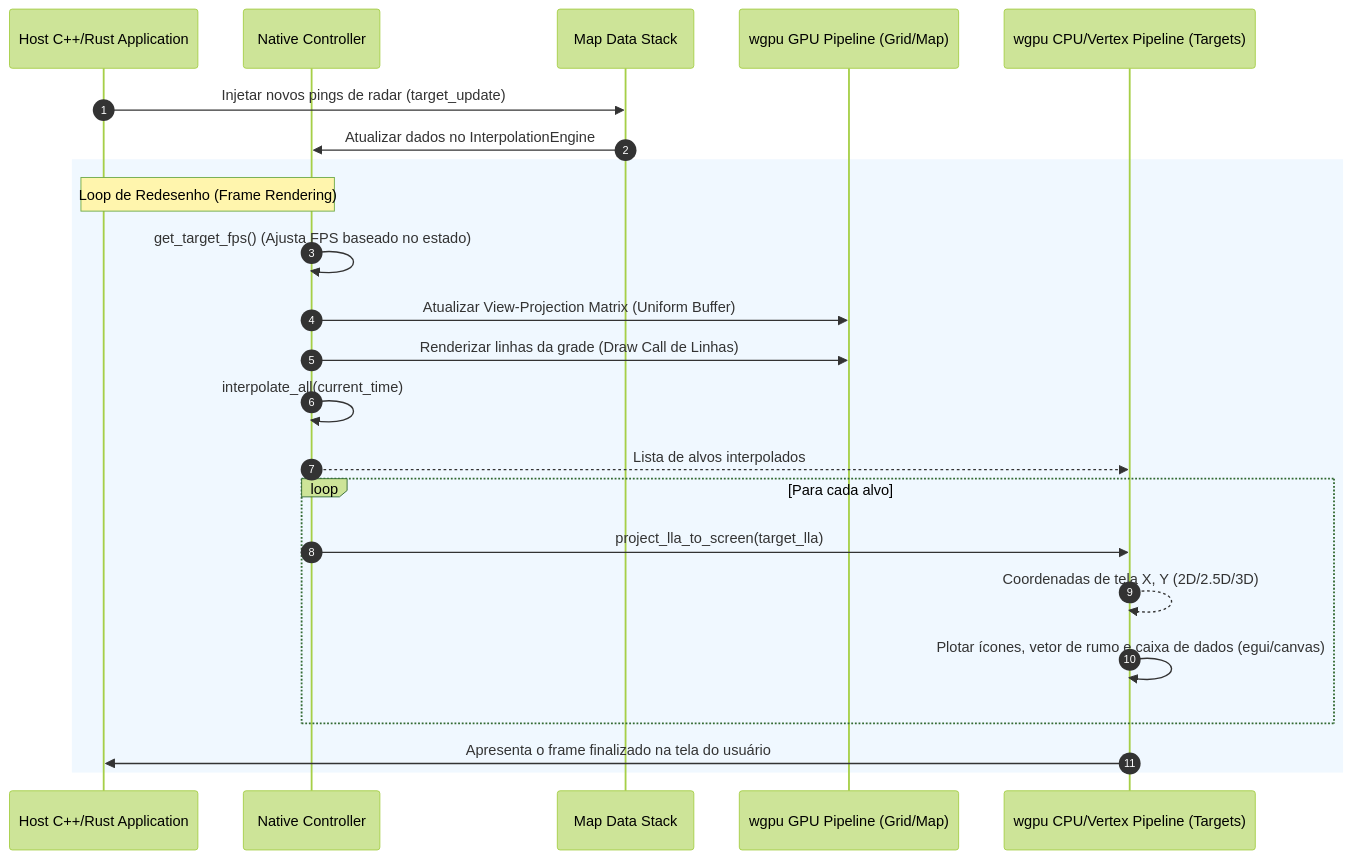
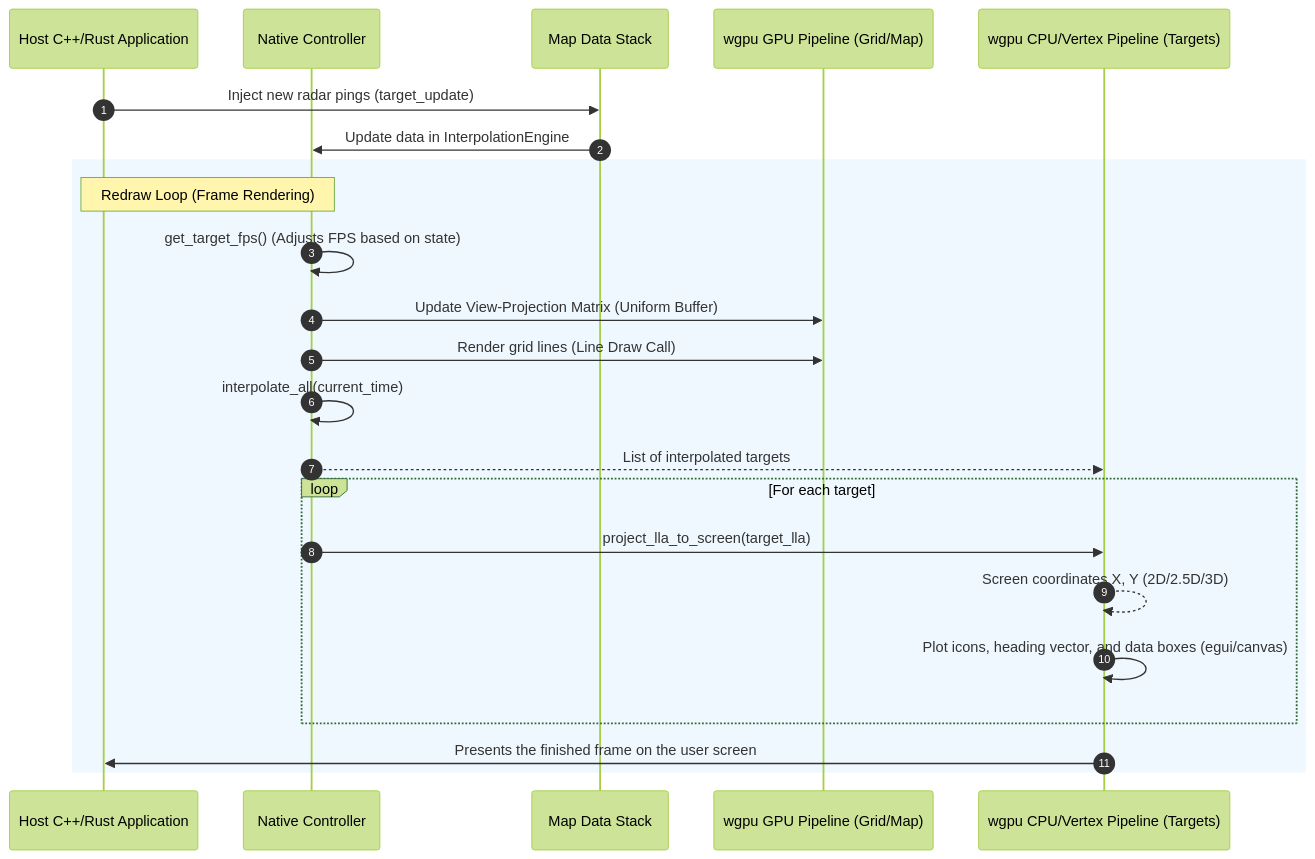
Before and after one commit to rodoni/olayer: the diagram in docs/sdk/native/components.md, drawn with Mermaid (forest theme). The commit also changed other lines of this file and 29 other files, not shown here.

````diff
--- a/docs/sdk/native/components.md
+++ b/docs/sdk/native/components.md
@@ -112,35 +152,35 @@
 ```mermaid
 sequenceDiagram
     autonumber
     participant Host as Host C++/Rust Application
     participant Ctrl as Native Controller
     participant DS as Map Data Stack
     participant GPU as wgpu GPU Pipeline (Grid/Map)
     participant CPU as wgpu CPU/Vertex Pipeline (Targets)
 
-    %% Ingestão
-    Host->>DS: Injetar novos pings de radar (target_update)
-    DS->>Ctrl: Atualizar dados no InterpolationEngine
+    %% Ingestion
+    Host->>DS: Inject new radar pings (target_update)
+    DS->>Ctrl: Update data in InterpolationEngine
     
-    %% Loop de Renderização
+    %% Rendering Loop
     rect rgb(240, 248, 255)
-        Note over Ctrl, Host: Loop de Redesenho (Frame Rendering)
-        Ctrl->>Ctrl: get_target_fps() (Ajusta FPS baseado no estado)
-        Ctrl->>GPU: Atualizar View-Projection Matrix (Uniform Buffer)
+        Note over Ctrl, Host: Redraw Loop (Frame Rendering)
+        Ctrl->>Ctrl: get_target_fps() (Adjusts FPS based on state)
+        Ctrl->>GPU: Update View-Projection Matrix (Uniform Buffer)
         
-        %% Renderizar Camadas Estáticas / Grade
-        Ctrl->>GPU: Renderizar linhas da grade (Draw Call de Linhas)
+        %% Render Static Layers / Grid
+        Ctrl->>GPU: Render grid lines (Line Draw Call)
         
-        %% Renderizar Camadas Dinâmicas / Alvos
+        %% Render Dynamic Layers / Targets
         Ctrl->>Ctrl: interpolate_all(current_time)
-        Ctrl-->>CPU: Lista de alvos interpolados
+        Ctrl-->>CPU: List of interpolated targets
         
-        loop Para cada alvo
+        loop For each target
             Ctrl->>CPU: project_lla_to_screen(target_lla)
-            CPU-->>CPU: Coordenadas de tela X, Y (2D/2.5D/3D)
-            CPU->>CPU: Plotar ícones, vetor de rumo e caixa de dados (egui/canvas)
+            CPU-->>CPU: Screen coordinates X, Y (2D/2.5D/3D)
+            CPU->>CPU: Plot icons, heading vector, and data boxes (egui/canvas)
         end
         
-        CPU->>Host: Apresenta o frame finalizado na tela do usuário
+        CPU->>Host: Presents the finished frame on the user screen
     end
 ```
````
